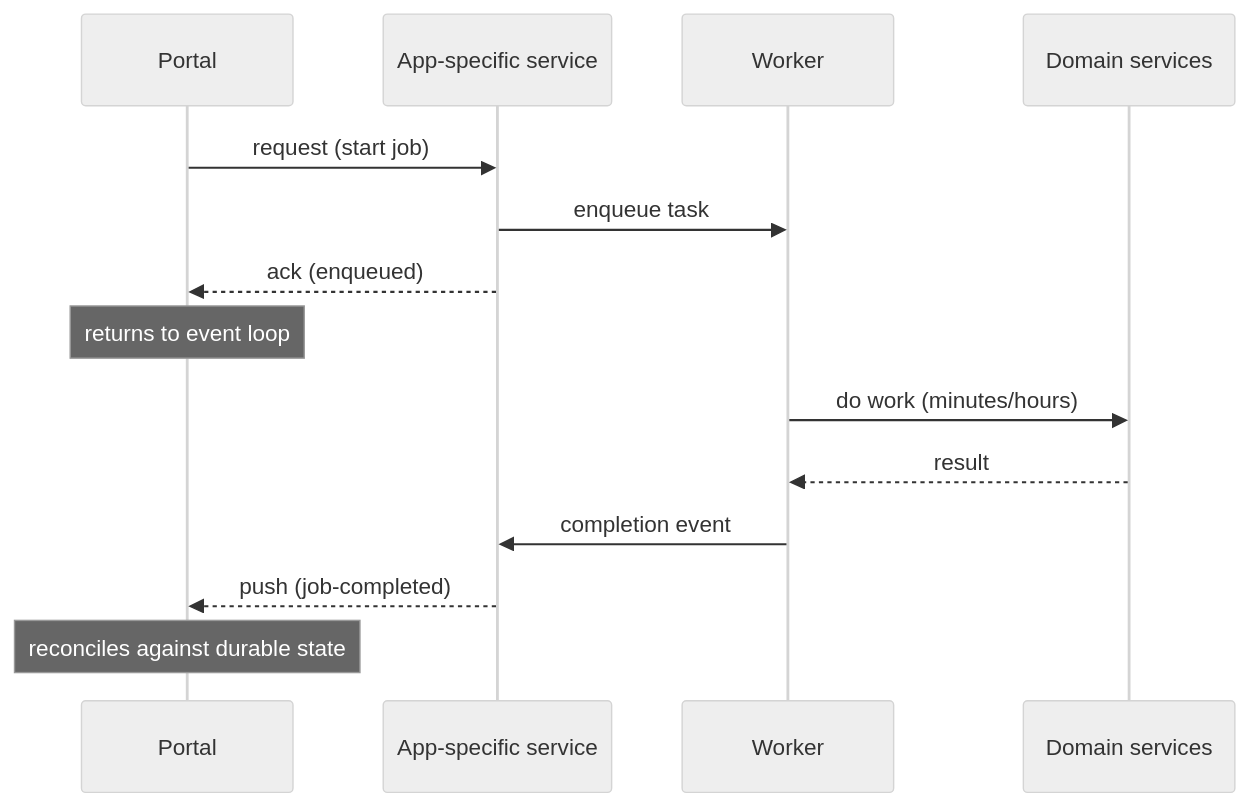
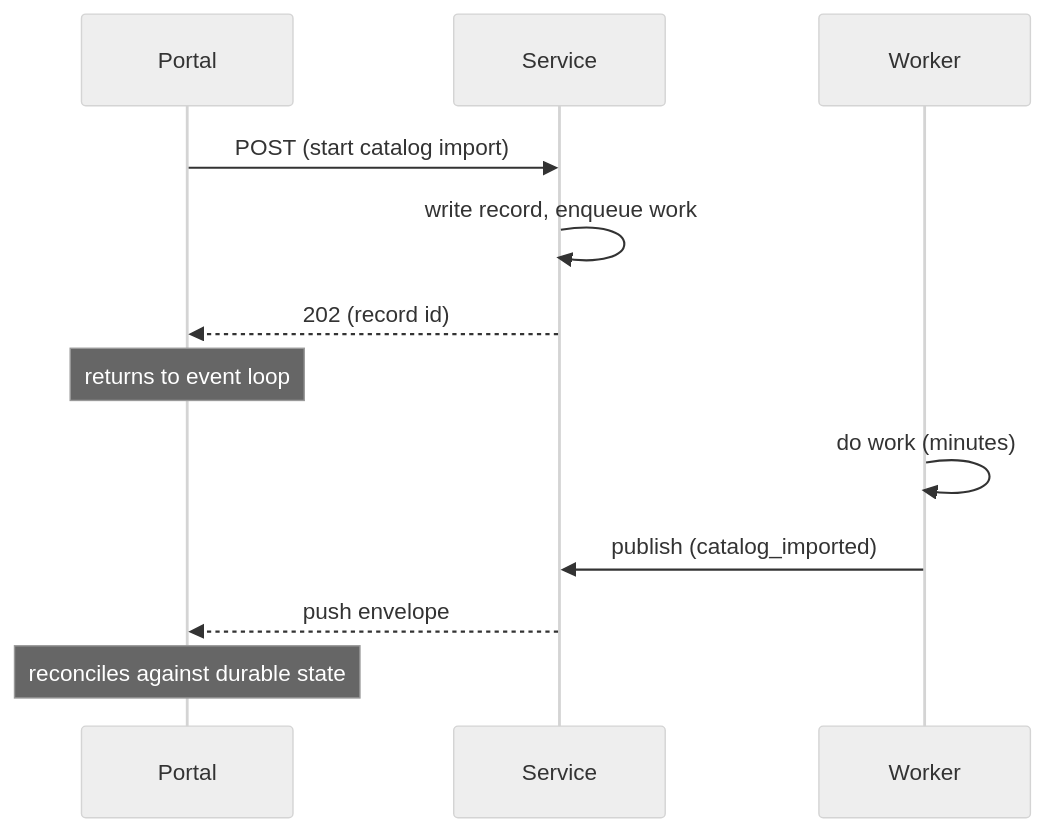
The fourth of 7 diagrams in architecture.md (Crack525/swe_guidelines), drawn with Mermaid (neutral theme) before and after one commit. The commit also changed other lines of this file and 49 other files, not shown here.

````diff
--- a/architecture.md
+++ b/architecture.md
@@ -1260,17 +1675,15 @@
 ``` mermaid
 sequenceDiagram
     participant Portal
-    participant Svc as App-specific service
+    participant Svc as Service
     participant Wrk as Worker
-    participant Dom as Domain services
 
-    Portal->>Svc: request (start job)
-    Svc->>Wrk: enqueue task
-    Svc-->>Portal: ack (enqueued)
+    Portal->>Svc: POST (start catalog import)
+    Svc->>Svc: write record, enqueue work
+    Svc-->>Portal: 202 (record id)
     Note over Portal: returns to event loop
-    Wrk->>Dom: do work (minutes/hours)
-    Dom-->>Wrk: result
-    Wrk->>Svc: completion event
-    Svc-->>Portal: push (job-completed)
+    Wrk->>Wrk: do work (minutes)
+    Wrk->>Svc: publish (catalog_imported)
+    Svc-->>Portal: push envelope
     Note over Portal: reconciles against durable state
 ```
````
